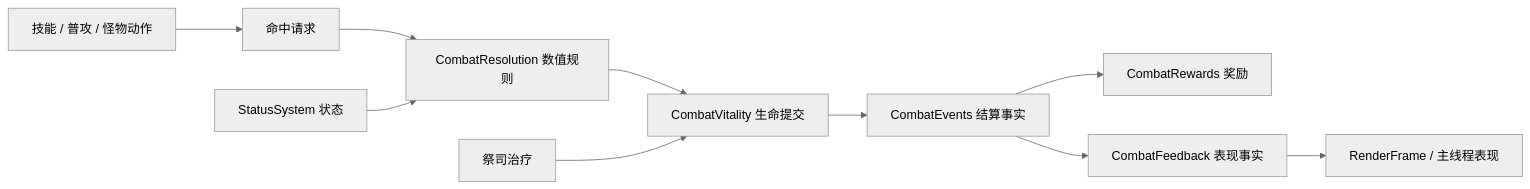
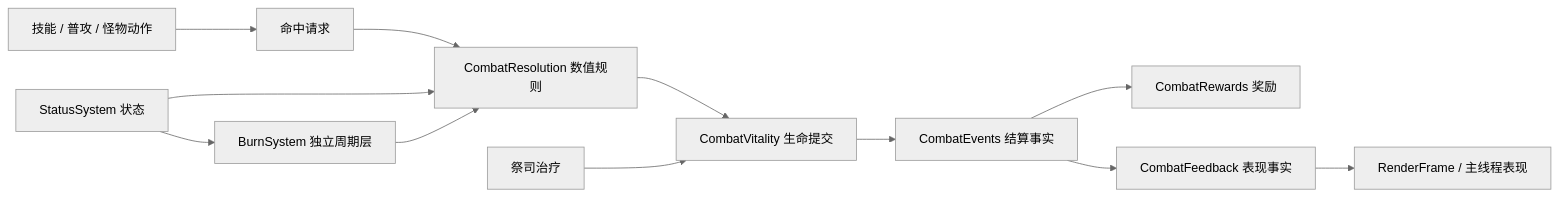
Before and after one commit to lanyik/lanyik: the diagram in docs/game/combat-architecture.md, drawn with Mermaid (neutral theme). The commit also changed other lines of this file and 42 other files, not shown here.

````diff
--- a/docs/game/combat-architecture.md
+++ b/docs/game/combat-architecture.md
@@ -25,12 +26,14 @@
 ```mermaid
 flowchart LR
     A[技能 / 普攻 / 怪物动作] --> B[命中请求]
     B --> C[CombatResolution 数值规则]
     S[StatusSystem 状态] --> C
+    S --> P[BurnSystem 独立周期层]
+    P --> C
     C --> D[CombatVitality 生命提交]
     H[祭司治疗] --> D
     D --> E[CombatEvents 结算事实]
     E --> F[CombatRewards 奖励]
     E --> G[CombatFeedback 表现事实]
     G --> R[RenderFrame / 主线程表现]
 ```
````
